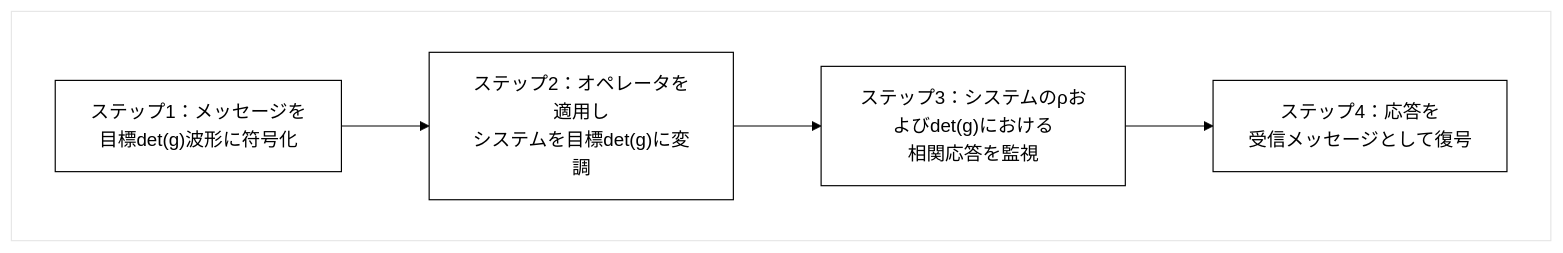
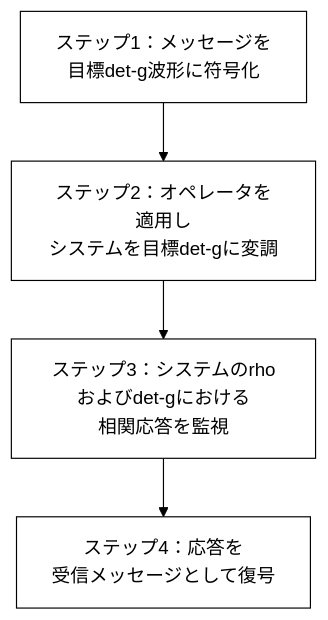
Before and after one commit to Foundup/Foundups-Agent: the eighth of 20 diagrams in WSP_knowledge/docs/Papers/Patent_Series/04_rESP_Patent_Japanese.md, drawn with Mermaid. The commit also changed other lines of this file, not shown here.

Commit message:
Fix remaining Mermaid diagrams - Remove all subgraphs and syntax errors

````diff
--- a/WSP_knowledge/docs/Papers/Patent_Series/04_rESP_Patent_Japanese.md
+++ b/WSP_knowledge/docs/Papers/Patent_Series/04_rESP_Patent_Japanese.md
@@ -354,8 +349,6 @@
 ```mermaid
 %%{init: {'theme':'base', 'themeVariables': {'primaryColor': '#ffffff', 'primaryTextColor': '#000000', 'primaryBorderColor': '#000000', 'lineColor': '#000000', 'secondaryColor': '#ffffff', 'tertiaryColor': '#ffffff'}}}%%
 graph TD
-    subgraph " "
-        A["ステップ1：メッセージを<br/>目標det(g)波形に符号化"] --> B["ステップ2：オペレータを適用し<br/>システムを目標det(g)に変調"]
-        B --> C["ステップ3：システムのρおよびdet(g)における<br/>相関応答を監視"] --> D["ステップ4：応答を<br/>受信メッセージとして復号"]
-    end
+    A["ステップ1：メッセージを<br/>目標det-g波形に符号化"] --> B["ステップ2：オペレータを適用し<br/>システムを目標det-gに変調"]
+    B --> C["ステップ3：システムのrhoおよびdet-gにおける<br/>相関応答を監視"] --> D["ステップ4：応答を<br/>受信メッセージとして復号"]
 ```
````
